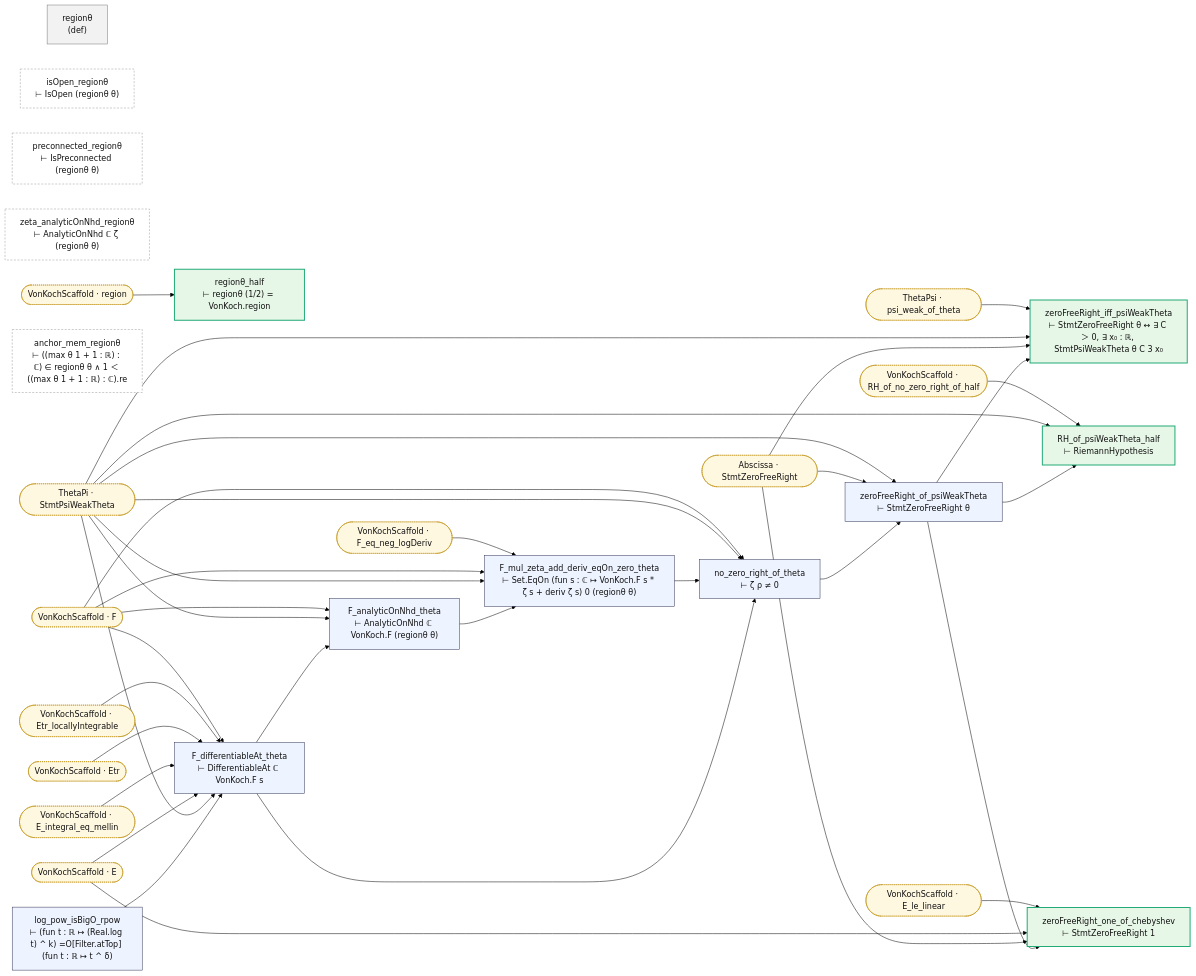
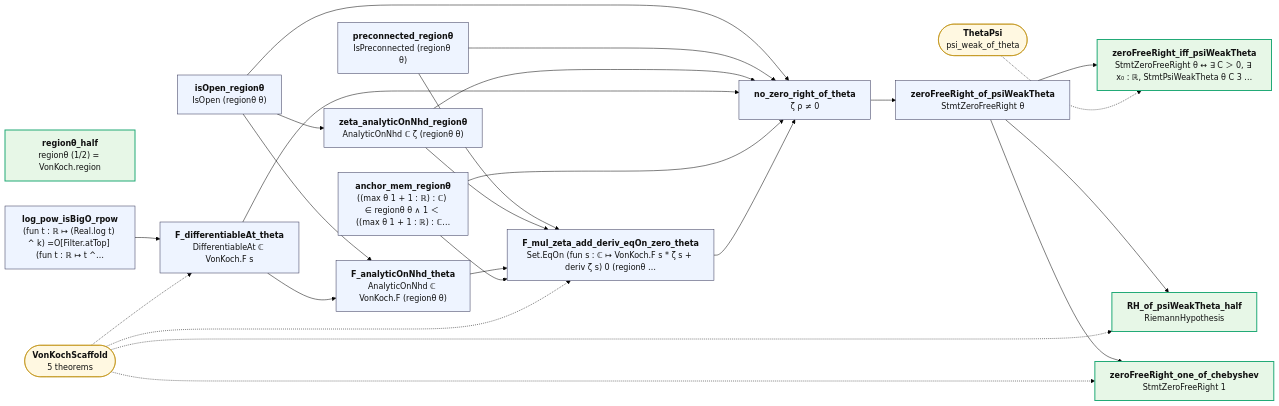
Before and after one commit to juliansambranojr/Primebeat_081426: the diagram in map/lean_stage3/ThetaConverse.md, drawn with Mermaid (forest theme). The commit also changed other lines of this file and 387 other files, not shown here.

````diff
--- a/map/lean_stage3/ThetaConverse.md
+++ b/map/lean_stage3/ThetaConverse.md
@@ -8,69 +12,47 @@
 ```mermaid
 flowchart LR
-  n0["regionθ<br/>(def)"]:::dfn
-  n1["regionθ_half<br/>⊢ regionθ (1/2) = VonKoch.region"]:::end_
-  n2["isOpen_regionθ<br/>⊢ IsOpen (regionθ θ)"]:::lone
-  n3["preconnected_regionθ<br/>⊢ IsPreconnected (regionθ θ)"]:::lone
-  n4["zeta_analyticOnNhd_regionθ<br/>⊢ AnalyticOnNhd ℂ ζ (regionθ θ)"]:::lone
-  n5["log_pow_isBigO_rpow<br/>⊢ (fun t : ℝ ↦ (Real.log t) ^ k) =O[Filter.atTop] (fun t : ℝ ↦ t ^ δ)"]:::thm
-  n6["F_differentiableAt_theta<br/>⊢ DifferentiableAt ℂ VonKoch.F s"]:::thm
-  n7["F_analyticOnNhd_theta<br/>⊢ AnalyticOnNhd ℂ VonKoch.F (regionθ θ)"]:::thm
-  n8["anchor_mem_regionθ<br/>⊢ ((max θ 1 + 1 : ℝ) : ℂ) ∈ regionθ θ ∧ 1 ＜ ((max θ 1 + 1 : ℝ) : ℂ).re"]:::lone
-  n9["F_mul_zeta_add_deriv_eqOn_zero_theta<br/>⊢ Set.EqOn (fun s : ℂ ↦ VonKoch.F s * ζ s + deriv ζ s) 0 (regionθ θ)"]:::thm
-  n10["no_zero_right_of_theta<br/>⊢ ζ ρ ≠ 0"]:::thm
-  n11["zeroFreeRight_of_psiWeakTheta<br/>⊢ StmtZeroFreeRight θ"]:::thm
-  n12["zeroFreeRight_iff_psiWeakTheta<br/>⊢ StmtZeroFreeRight θ ↔ ∃ C ＞ 0, ∃ x₀ : ℝ, StmtPsiWeakTheta θ C 3 x₀"]:::end_
-  n13["RH_of_psiWeakTheta_half<br/>⊢ RiemannHypothesis"]:::end_
-  n14["zeroFreeRight_one_of_chebyshev<br/>⊢ StmtZeroFreeRight 1"]:::end_
-  x0(["Abscissa · StmtZeroFreeRight"]):::ext
-  x1(["ThetaPi · StmtPsiWeakTheta"]):::ext
-  x2(["ThetaPsi · psi_weak_of_theta"]):::ext
-  x3(["VonKochScaffold · E"]):::ext
-  x4(["VonKochScaffold · E_integral_eq_mellin"]):::ext
-  x5(["VonKochScaffold · E_le_linear"]):::ext
-  x6(["VonKochScaffold · Etr"]):::ext
-  x7(["VonKochScaffold · Etr_locallyIntegrable"]):::ext
-  x8(["VonKochScaffold · F"]):::ext
-  x9(["VonKochScaffold · F_eq_neg_logDeriv"]):::ext
-  x10(["VonKochScaffold · RH_of_no_zero_right_of_half"]):::ext
-  x11(["VonKochScaffold · region"]):::ext
+  n0["<b>regionθ_half</b><br/>regionθ (1/2) = VonKoch.region"]:::end_
+  n1["<b>isOpen_regionθ</b><br/>IsOpen (regionθ θ)"]:::thm
+  n2["<b>preconnected_regionθ</b><br/>IsPreconnected (regionθ θ)"]:::thm
+  n3["<b>zeta_analyticOnNhd_regionθ</b><br/>AnalyticOnNhd ℂ ζ (regionθ θ)"]:::thm
+  n4["<b>log_pow_isBigO_rpow</b><br/>(fun t : ℝ ↦ (Real.log t) ^ k) =O[Filter.atTop] (fun t : ℝ ↦ t ^…"]:::thm
+  n5["<b>F_differentiableAt_theta</b><br/>DifferentiableAt ℂ VonKoch.F s"]:::thm
+  n6["<b>F_analyticOnNhd_theta</b><br/>AnalyticOnNhd ℂ VonKoch.F (regionθ θ)"]:::thm
+  n7["<b>anchor_mem_regionθ</b><br/>((max θ 1 + 1 : ℝ) : ℂ) ∈ regionθ θ ∧ 1 ＜ ((max θ 1 + 1 : ℝ) : ℂ…"]:::thm
+  n8["<b>F_mul_zeta_add_deriv_eqOn_zero_theta</b><br/>Set.EqOn (fun s : ℂ ↦ VonKoch.F s * ζ s + deriv ζ s) 0 (regionθ …"]:::thm
+  n9["<b>no_zero_right_of_theta</b><br/>ζ ρ ≠ 0"]:::thm
+  n10["<b>zeroFreeRight_of_psiWeakTheta</b><br/>StmtZeroFreeRight θ"]:::thm
+  n11["<b>zeroFreeRight_iff_psiWeakTheta</b><br/>StmtZeroFreeRight θ ↔ ∃ C ＞ 0, ∃ x₀ : ℝ, StmtPsiWeakTheta θ C 3 …"]:::end_
+  n12["<b>RH_of_psiWeakTheta_half</b><br/>RiemannHypothesis"]:::end_
+  n13["<b>zeroFreeRight_one_of_chebyshev</b><br/>StmtZeroFreeRight 1"]:::end_
+  x0(["<b>VonKochScaffold</b><br/>5 theorems"]):::ext
+  x1(["<b>ThetaPsi</b><br/>psi_weak_of_theta"]):::ext
+  n1 --> n3
+  n1 --> n6
+  n1 --> n9
   n10 --> n11
-  n11 --> n12
-  n11 --> n13
-  n11 --> n14
+  n10 --> n12
+  n10 --> n13
+  n2 --> n8
+  n2 --> n9
+  n3 --> n8
+  n3 --> n9
+  n4 --> n5
   n5 --> n6
-  n6 --> n10
-  n6 --> n7
+  n5 --> n9
+  n6 --> n8
+  n7 --> n8
   n7 --> n9
+  n8 --> n9
   n9 --> n10
-  x0 --> n11
-  x0 --> n12
-  x0 --> n14
-  x1 --> n10
-  x1 --> n11
-  x1 --> n12
-  x1 --> n13
-  x1 --> n6
-  x1 --> n7
-  x1 --> n9
-  x10 --> n13
-  x11 --> n1
-  x2 --> n12
-  x3 --> n14
-  x3 --> n6
-  x4 --> n6
-  x5 --> n14
-  x6 --> n6
-  x7 --> n6
-  x8 --> n10
-  x8 --> n6
-  x8 --> n7
-  x8 --> n9
-  x9 --> n9
+  x0 -.-> n12
+  x0 -.-> n13
+  x0 -.-> n5
+  x0 -.-> n8
+  x1 -.-> n11
   classDef thm fill:#eef4ff,stroke:#335,color:#111
-  classDef dfn fill:#f2f2f2,stroke:#777,color:#111
   classDef end_ fill:#e7f7e7,stroke:#2a7,color:#111,stroke-width:2px
   classDef lone fill:#fff,stroke:#999,color:#111,stroke-dasharray:4 3
   classDef bad fill:#ffe5e5,stroke:#c22,color:#111,stroke-width:2px
-  classDef ext fill:#fff8e1,stroke:#b80,color:#111,stroke-dasharray:2 2
+  classDef ext fill:#fff8e1,stroke:#b80,color:#111
 ```
````
